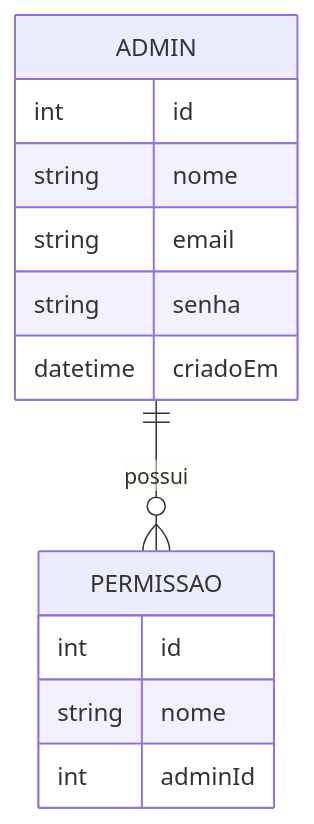
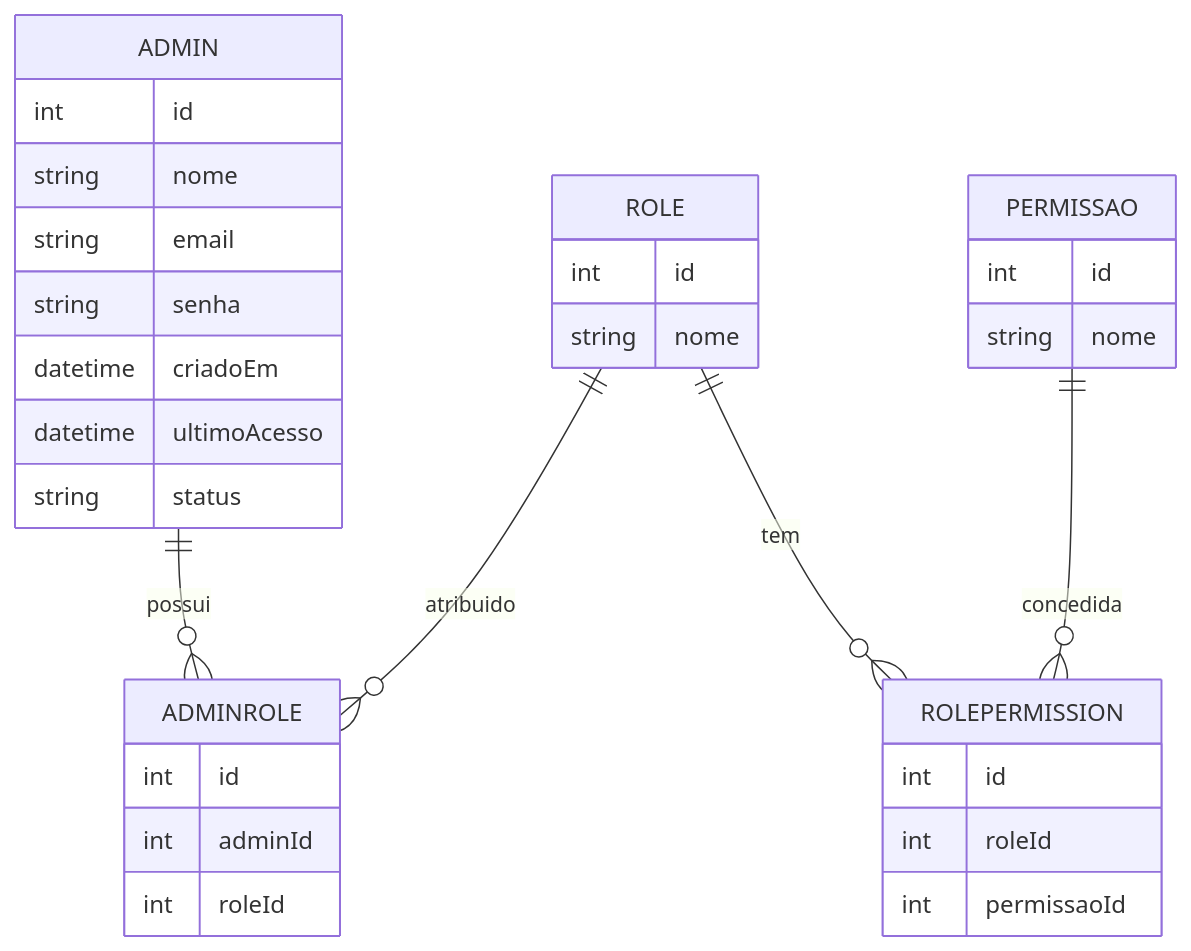
Before and after one commit to ronaldo227/serralheria-api: the first of 2 diagrams in ANALISE_MODELAGEM.md, drawn with Mermaid. The commit also changed other lines of this file, not shown here.

Commit message:
docs(modelagem): atualiza diagrama ER para RBAC completo (admin, role, permissao, adminrole, rolepermission)

````diff
--- a/ANALISE_MODELAGEM.md
+++ b/ANALISE_MODELAGEM.md
@@ -35,16 +62,35 @@
 ```mermaid
 erDiagram
-  ADMIN ||--o{ PERMISSAO : possui
+  ADMIN ||--o{ ADMINROLE : possui
+  ROLE  ||--o{ ADMINROLE : atribuido
+  ROLE  ||--o{ ROLEPERMISSION : tem
+  PERMISSAO ||--o{ ROLEPERMISSION : concedida
+
   ADMIN {
     int id
     string nome
     string email
     string senha
     datetime criadoEm
+    datetime ultimoAcesso
+    string status
+  }
+  ROLE {
+    int id
+    string nome
   }
   PERMISSAO {
     int id
     string nome
+  }
+  ADMINROLE {
+    int id
     int adminId
+    int roleId
+  }
+  ROLEPERMISSION {
+    int id
+    int roleId
+    int permissaoId
   }
 ```
````
